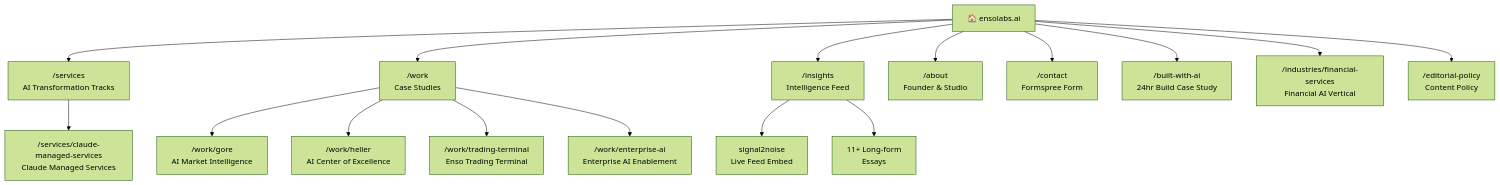
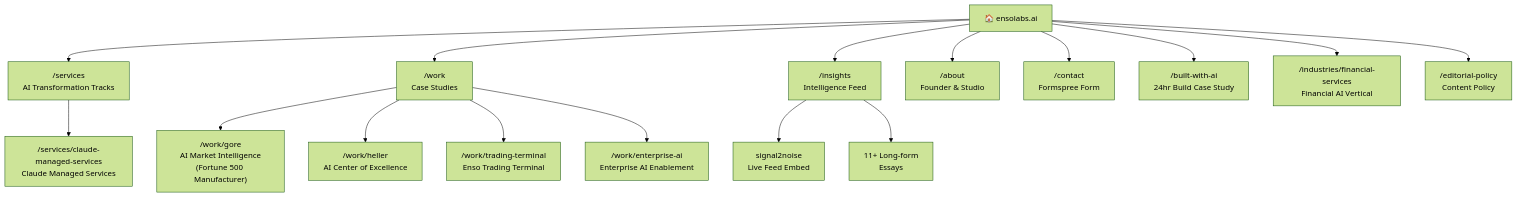
Before and after one commit to nycsav/ensolabs-site: the diagram in README.md, drawn with Mermaid (forest theme). The commit also changed 2 other files, not shown here.

Commit message:
fix: remove confidential client references, update gitignore

````diff
--- a/README.md
+++ b/README.md
@@ -40,18 +40,18 @@
 ```mermaid
 flowchart TD
     A["🏠 ensolabs.ai"] --> B["/services\nAI Transformation Tracks"]
     A --> C["/work\nCase Studies"]
     A --> D["/insights\nIntelligence Feed"]
     A --> E["/about\nFounder & Studio"]
     A --> F["/contact\nFormspree Form"]
     A --> G["/built-with-ai\n24hr Build Case Study"]
     A --> H["/industries/financial-services\nFinancial AI Vertical"]
     A --> I["/editorial-policy\nContent Policy"]
     B --> B1["/services/claude-managed-services\nClaude Managed Services"]
-    C --> C1["/work/gore\nAI Market Intelligence"]
+    C --> C1["/work/gore\nAI Market Intelligence\n(Fortune 500 Manufacturer)"]
     C --> C2["/work/heller\nAI Center of Excellence"]
     C --> C3["/work/trading-terminal\nEnso Trading Terminal"]
     C --> C4["/work/enterprise-ai\nEnterprise AI Enablement"]
     D --> D1["signal2noise\nLive Feed Embed"]
     D --> D2["11+ Long-form\nEssays"]
 ```
````
